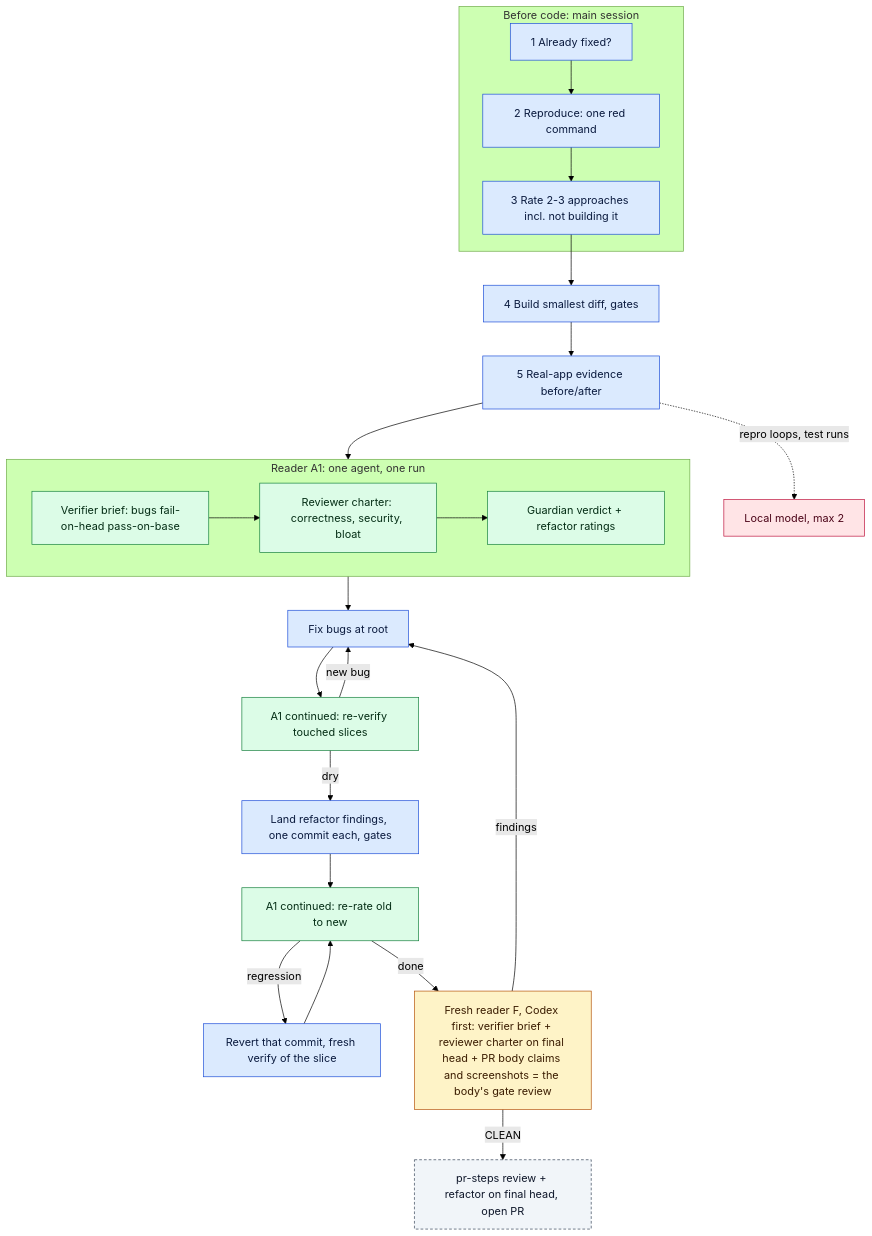
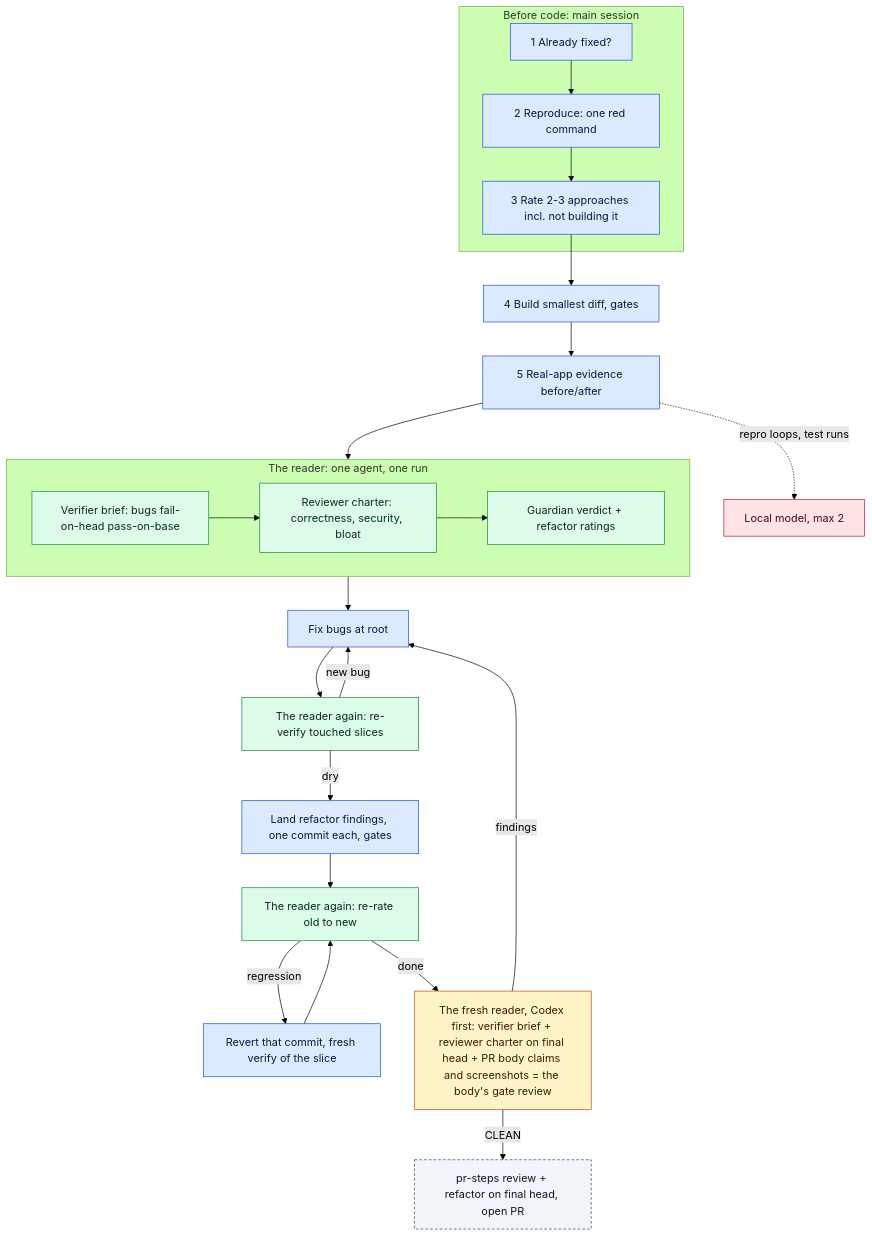
One commit to nitedani/mergeworthy changed the diagram in docs/graphs/1-pipeline-S.mmd. Above: the diagram before and after it, drawn with Mermaid (forest theme). The commit also changed 20 other files, not shown here.

```diff
--- a/docs/graphs/1-pipeline-S.mmd
+++ b/docs/graphs/1-pipeline-S.mmd
@@ -1,24 +1,24 @@
 flowchart TB
   subgraph PRE[Before code: main session]
     F1[1 Already fixed?]:::main --> F2[2 Reproduce: one red command]:::main --> F3[3 Rate 2-3 approaches incl. not building it]:::main
   end
   F3 --> B4[4 Build smallest diff, gates]:::main --> E5[5 Real-app evidence before/after]:::main
   E5 -.->|repro loops, test runs| LX[Local model, max 2]:::local
   E5 --> A1
-  subgraph A1[Reader A1: one agent, one run]
+  subgraph A1[The reader: one agent, one run]
     R1[Verifier brief: bugs fail-on-head pass-on-base]:::reader --> R2[Reviewer charter: correctness, security, bloat]:::reader --> R3[Guardian verdict + refactor ratings]:::reader
   end
-  A1 --> FB[Fix bugs at root]:::main --> A1B[A1 continued: re-verify touched slices]:::reader
+  A1 --> FB[Fix bugs at root]:::main --> A1B[The reader again: re-verify touched slices]:::reader
   A1B -->|new bug| FB
-  A1B -->|dry| RF[Land refactor findings, one commit each, gates]:::main --> A1C[A1 continued: re-rate old to new]:::reader
+  A1B -->|dry| RF[Land refactor findings, one commit each, gates]:::main --> A1C[The reader again: re-rate old to new]:::reader
   A1C -->|regression| RV[Revert that commit, fresh verify of the slice]:::main --> A1C
-  A1C -->|done| F[Fresh reader F, Codex first: verifier brief + reviewer charter on final head + PR body claims and screenshots = the body's gate review]:::fresh
+  A1C -->|done| F[The fresh reader, Codex first: verifier brief + reviewer charter on final head + PR body claims and screenshots = the body's gate review]:::fresh
   F -->|findings| FB
   F -->|CLEAN| REC[pr-steps review + refactor on final head, open PR]:::gate
   classDef main fill:#dbeafe,stroke:#1d4ed8,color:#0b1b3f
   classDef reader fill:#dcfce7,stroke:#15803d,color:#052e16
   classDef fresh fill:#fef3c7,stroke:#b45309,color:#3b1d02
   classDef diverge fill:#f3e8ff,stroke:#7e22ce,color:#2e1065
   classDef local fill:#ffe4e6,stroke:#be123c,color:#4c0519
   classDef gate fill:#f1f5f9,stroke:#334155,color:#0f172a,stroke-dasharray:4 3
   classDef ext fill:#ffffff,stroke:#64748b,color:#334155
```
